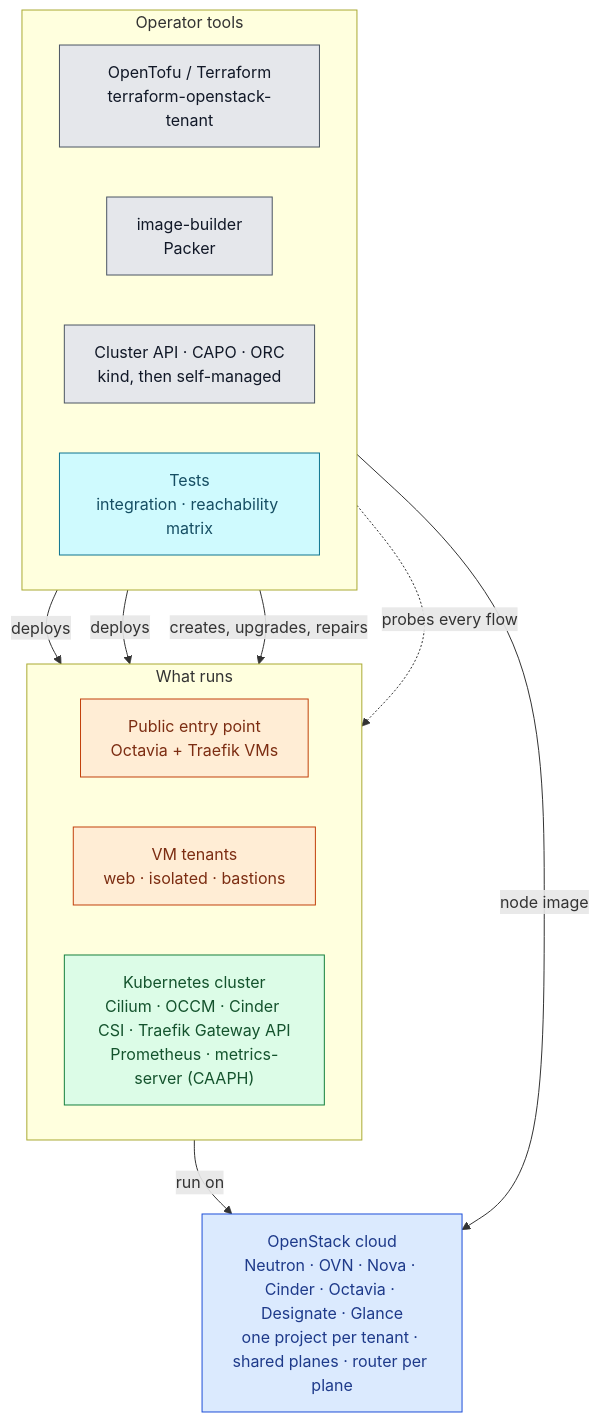
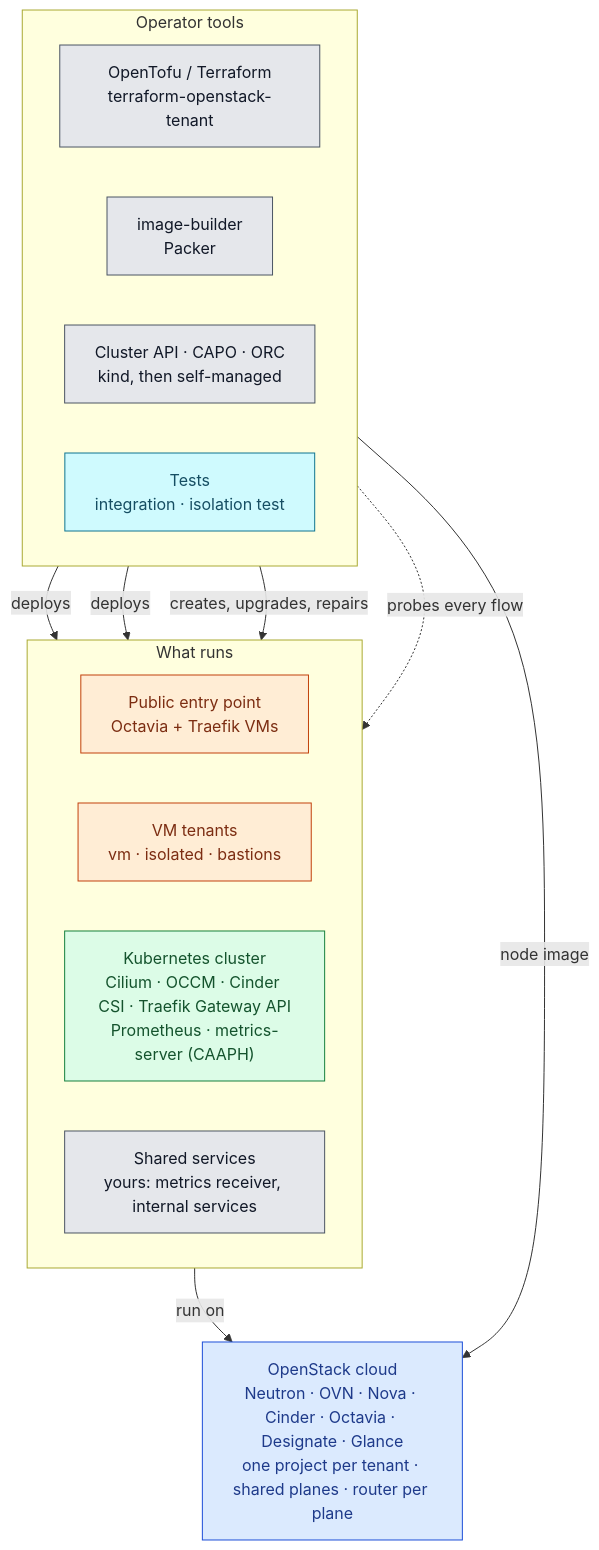
One commit to CyprisTech/openstack-multitenant-reference changed the diagram in docs/concepts/landscape.md. Above: the diagram before and after it, drawn with Mermaid. The commit also changed other lines of this file and 67 other files, not shown here.

````diff
--- a/docs/concepts/landscape.md
+++ b/docs/concepts/landscape.md
@@ -3,34 +3,36 @@
 ```mermaid
 flowchart TB
     subgraph TOOLS["Operator tools"]
         direction LR
         TF["OpenTofu / Terraform<br/>terraform-openstack-tenant"]
         IB["image-builder<br/>Packer"]
         CAPI["Cluster API · CAPO · ORC<br/>kind, then self-managed"]
-        TEST["Tests<br/>integration · reachability matrix"]
+        TEST["Tests<br/>integration · isolation test"]
     end
     subgraph RUN["What runs"]
         direction LR
         EDGE["Public entry point<br/>Octavia + Traefik VMs"]
-        VMT["VM tenants<br/>web · isolated · bastions"]
+        VMT["VM tenants<br/>vm · isolated · bastions"]
         K8S["Kubernetes cluster<br/>Cilium · OCCM · Cinder CSI · Traefik Gateway API<br/>Prometheus · metrics-server (CAAPH)"]
+        SHS["Shared services<br/>yours: metrics receiver, internal services"]
     end
     CLOUD["OpenStack cloud<br/>Neutron · OVN · Nova · Cinder · Octavia · Designate · Glance<br/>one project per tenant · shared planes · router per plane"]
 
     TF -->|"deploys"| EDGE & VMT
     CAPI -->|"creates, upgrades, repairs"| K8S
     TEST -.->|"probes every flow"| RUN
     IB -->|"node image"| CLOUD
     RUN -->|"run on"| CLOUD
 
     classDef tool fill:#e5e7eb,stroke:#4b5563,color:#111827
     classDef infra fill:#dbeafe,stroke:#1d4ed8,color:#1e3a8a
     classDef vm fill:#ffedd5,stroke:#c2410c,color:#7c2d12
     classDef k8s fill:#dcfce7,stroke:#15803d,color:#14532d
     classDef test fill:#cffafe,stroke:#0e7490,color:#164e63
     class TF,IB,CAPI tool
     class CLOUD infra
     class EDGE,VMT vm
+    class SHS tool
     class K8S k8s
     class TEST test
 ```
````
